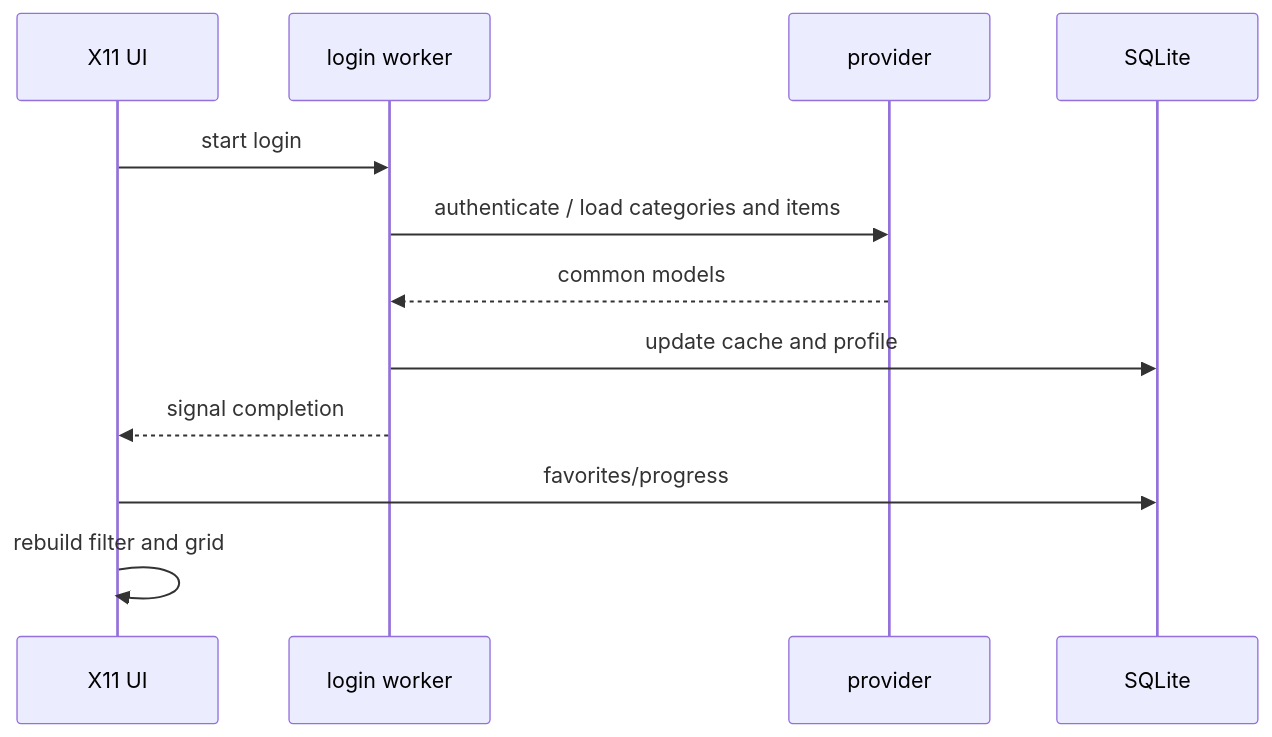
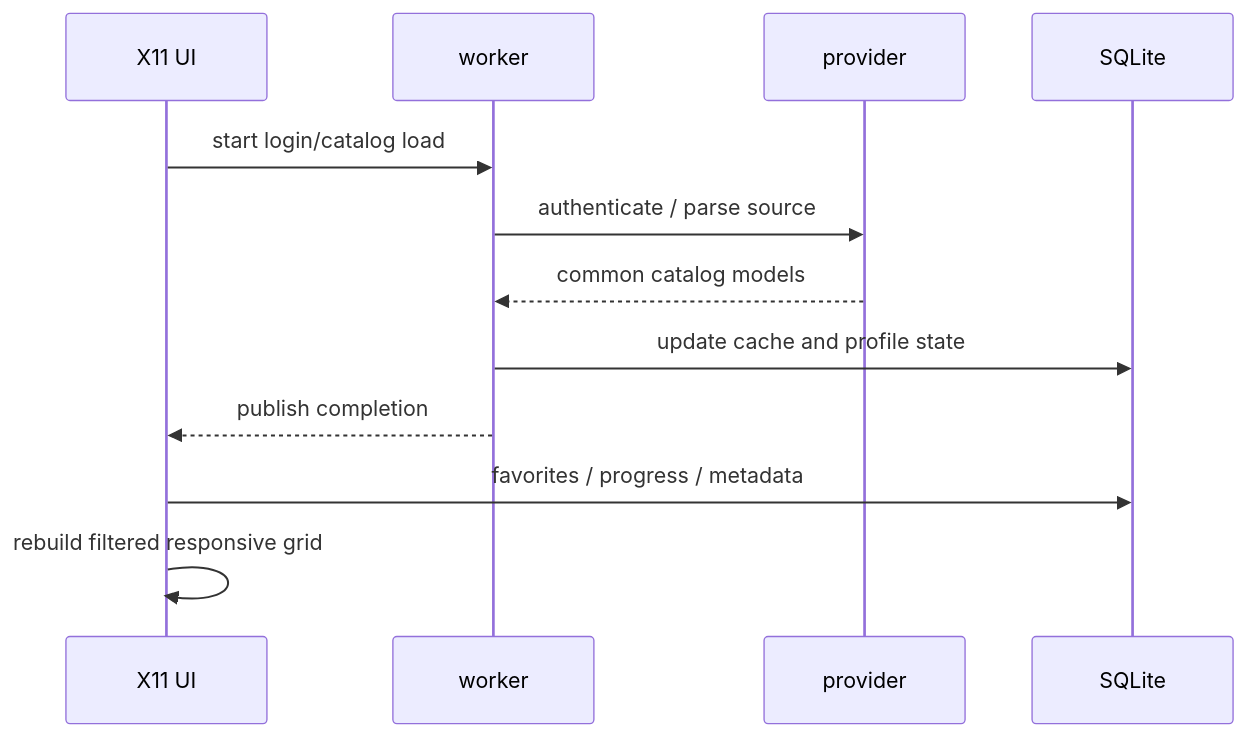
One commit to xoykor/blazzing changed the second of 2 diagrams in docs/ARCHITECTURE.md. Above: the diagram before and after it, drawn with Mermaid. The commit also changed other lines of this file, not shown here.

Commit message:
docs: align architecture with final mpv wid design

````diff
--- a/docs/ARCHITECTURE.md
+++ b/docs/ARCHITECTURE.md
@@ -62,14 +72,15 @@
 ```mermaid
 sequenceDiagram
     participant UI as X11 UI
-    participant W as login worker
+    participant W as worker
     participant P as provider
     participant DB as SQLite
-    UI->>W: start login
-    W->>P: authenticate / load categories and items
-    P-->>W: common models
-    W->>DB: update cache and profile
-    W-->>UI: signal completion
-    UI->>DB: favorites/progress
-    UI->>UI: rebuild filter and grid
+
+    UI->>W: start login/catalog load
+    W->>P: authenticate / parse source
+    P-->>W: common catalog models
+    W->>DB: update cache and profile state
+    W-->>UI: publish completion
+    UI->>DB: favorites / progress / metadata
+    UI->>UI: rebuild filtered responsive grid
 ```
````
